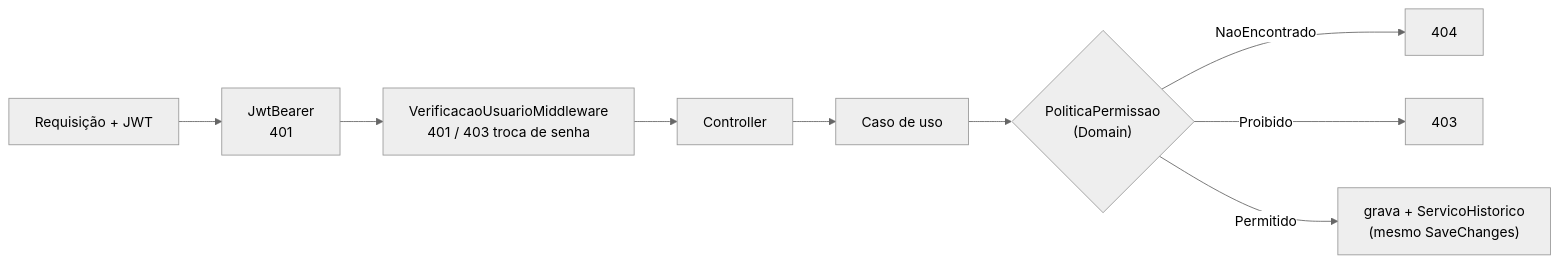
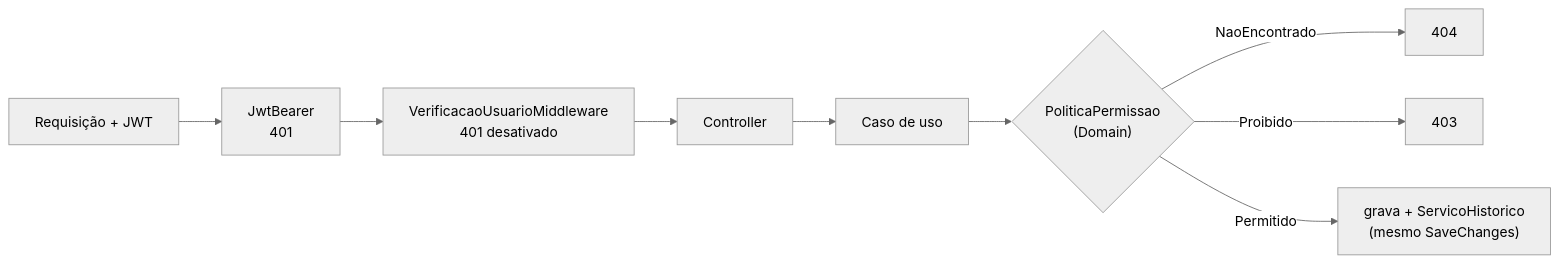
The sixth of 11 diagrams in docs/arquitetura.md (oCaioOliveira/Catalogo), drawn with Mermaid (neutral theme) before and after one commit. The commit also changed other lines of this file and 78 other files, not shown here.

````diff
--- a/docs/arquitetura.md
+++ b/docs/arquitetura.md
@@ -227,11 +228,11 @@
 ```mermaid
 flowchart LR
     R["Requisição + JWT"] --> J["JwtBearer<br/>401"]
-    J --> M["VerificacaoUsuarioMiddleware<br/>401 / 403 troca de senha"]
+    J --> M["VerificacaoUsuarioMiddleware<br/>401 desativado"]
     M --> C["Controller"]
     C --> UC["Caso de uso"]
     UC --> P{"PoliticaPermissao<br/>(Domain)"}
     P -- "NaoEncontrado" --> E404["404"]
     P -- "Proibido" --> E403["403"]
     P -- "Permitido" --> G["grava + ServicoHistorico<br/>(mesmo SaveChanges)"]
 ```
````
